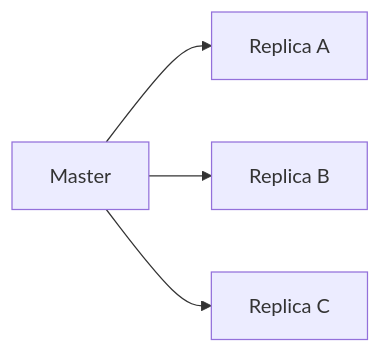
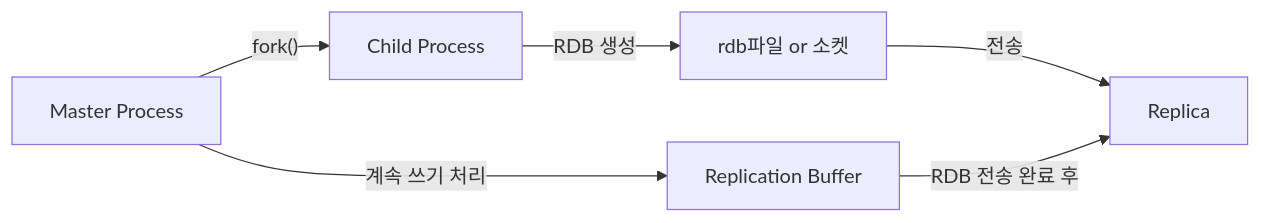
The second of 3 diagrams in _posts/redis/2026-05-01-redis-replication.md (yjkim2015/yjkim2015.github.io), drawn with Mermaid before and after one commit. The commit also changed other lines of this file and 4 other files, not shown here.

````diff
--- a/_posts/redis/2026-05-01-redis-replication.md
+++ b/_posts/redis/2026-05-01-redis-replication.md
@@ -125,6 +53,8 @@
 ```mermaid
 graph LR
-    M["Master"] --> RA["Replica A"]
-    M --> RB["Replica B"]
-    M --> RC["Replica C"]
+    M["Master Process"] -->|"fork()"| C["Child Process"]
+    C -->|"RDB 생성"| F["rdb파일 or 소켓"]
+    M -->|"계속 쓰기 처리"| BUF["Replication Buffer"]
+    F -->|"전송"| REP["Replica"]
+    BUF -->|"RDB 전송 완료 후"| REP
 ```
````
